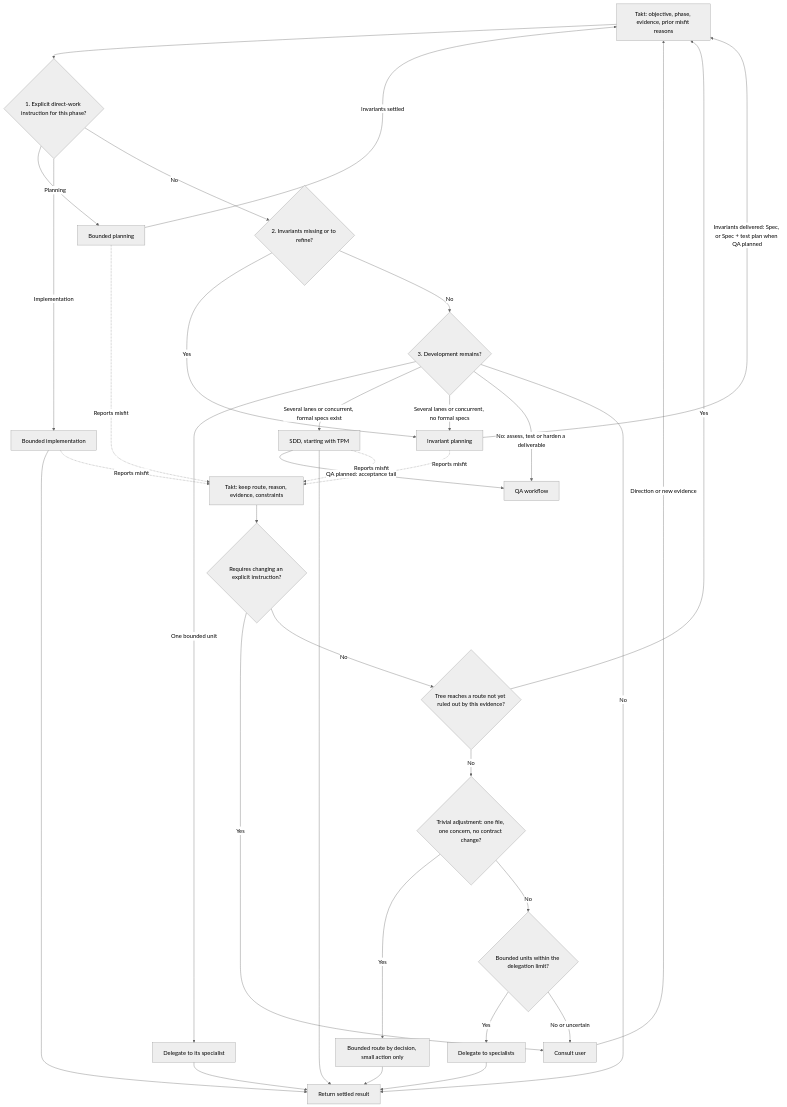
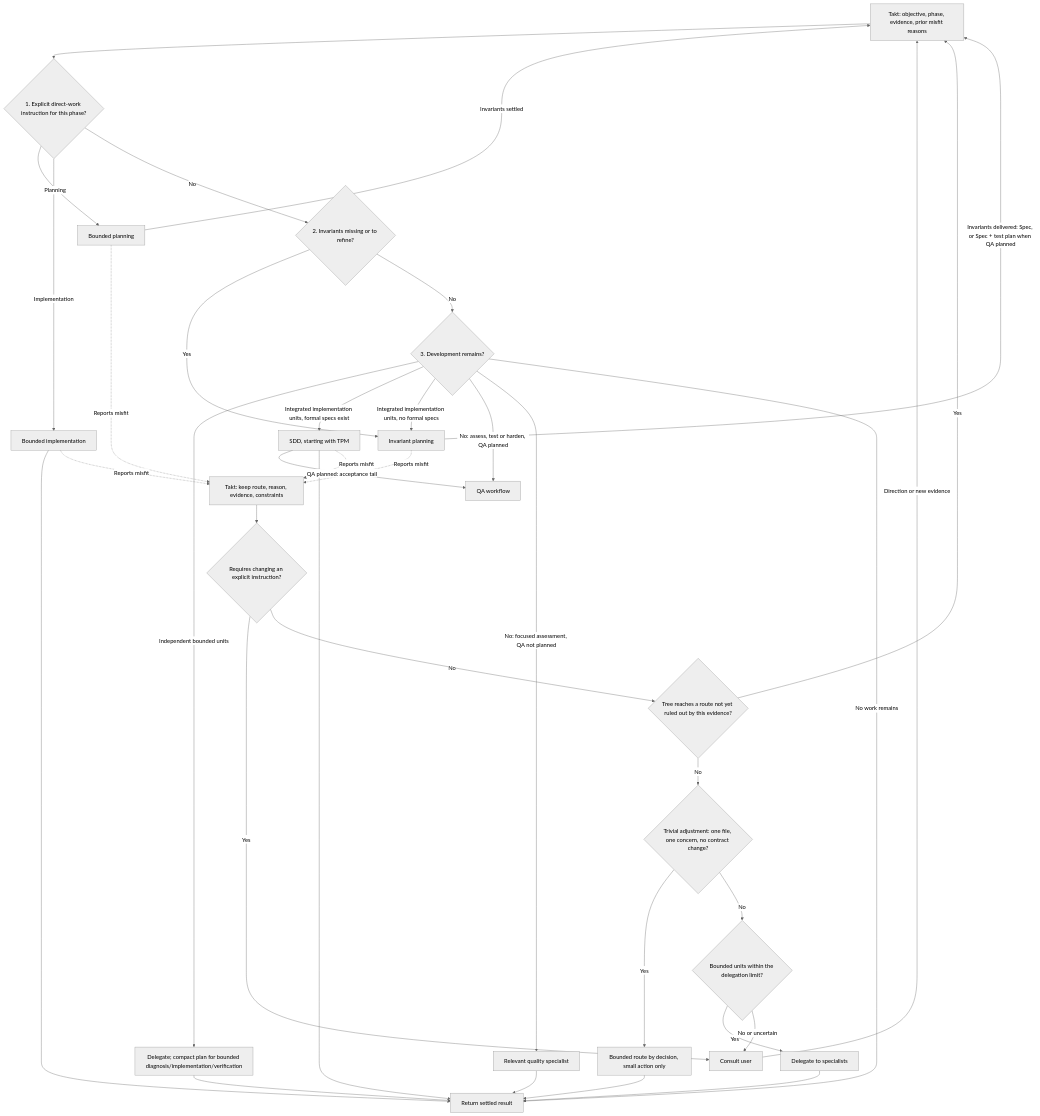
The diagram in product/meta-harness/orchestration/WORKFLOW_SELECTION.md (rou-cru/takt-ai), drawn with Mermaid (neutral theme) before and after one commit. The commit also changed other lines of this file and 9 other files, not shown here.

````diff
--- a/product/meta-harness/orchestration/WORKFLOW_SELECTION.md
+++ b/product/meta-harness/orchestration/WORKFLOW_SELECTION.md
@@ -34,39 +38,41 @@
 ```mermaid
 flowchart TD
     Start["Takt: objective, phase, evidence, prior misfit reasons"] --> Order{"1. Explicit direct-work instruction for this phase?"}
     Order -->|Planning| BP["Bounded planning"]
     Order -->|Implementation| BW["Bounded implementation"]
     Order -->|No| Gaps{"2. Invariants missing or to refine?"}
     Gaps -->|Yes| IP["Invariant planning"]
     Gaps -->|No| Dev{"3. Development remains?"}
-    Dev -->|One bounded unit| Unit["Delegate to its specialist"]
-    Dev -->|Several lanes or concurrent, formal specs exist| SDD["SDD, starting with TPM"]
-    Dev -->|Several lanes or concurrent, no formal specs| IP
-    Dev -->|"No: assess, test or harden a deliverable"| QA["QA workflow"]
-    Dev -->|No| Complete["Return settled result"]
+    Dev -->|Independent bounded units| Unit["Delegate; compact plan for bounded diagnosis/implementation/verification"]
+    Dev -->|Integrated implementation units, formal specs exist| SDD["SDD, starting with TPM"]
+    Dev -->|Integrated implementation units, no formal specs| IP
+    Dev -->|"No: assess, test or harden, QA planned"| QA["QA workflow"]
+    Dev -->|"No: focused assessment, QA not planned"| Review["Relevant quality specialist"]
+    Dev -->|No work remains| Complete["Return settled result"]
 
     IP -->|"Invariants delivered: Spec, or Spec + test plan when QA planned"| Start
     BP -->|Invariants settled| Start
     BW --> Complete
     Unit --> Complete
+    Review --> Complete
     SDD -->|QA planned: acceptance tail| QA
     SDD --> Complete
 
     BP -.->|Reports misfit| Return
     BW -.->|Reports misfit| Return
     IP -.->|Reports misfit| Return
     SDD -.->|Reports misfit| Return
 
     Return["Takt: keep route, reason, evidence, constraints"] --> Conflict{"Requires changing an explicit instruction?"}
     Conflict -->|Yes| Ask["Consult user"]
     Conflict -->|No| Fresh{"Tree reaches a route not yet ruled out by this evidence?"}
     Fresh -->|Yes| Start
     Fresh -->|No| Trivial{"Trivial adjustment: one file, one concern, no contract change?"}
     Trivial -->|Yes| Direct["Bounded route by decision, small action only"]
     Trivial -->|No| Light{"Bounded units within the delegation limit?"}
     Light -->|Yes| Specialists["Delegate to specialists"]
     Light -->|No or uncertain| Ask
     Ask -->|Direction or new evidence| Start
     Direct --> Complete
     Specialists --> Complete
 ```
````
